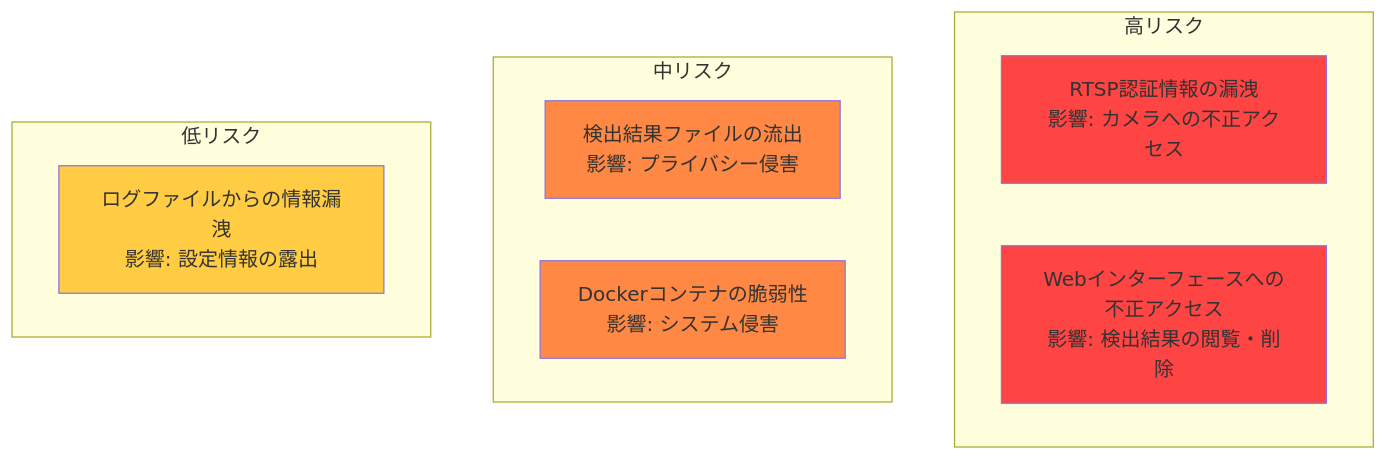
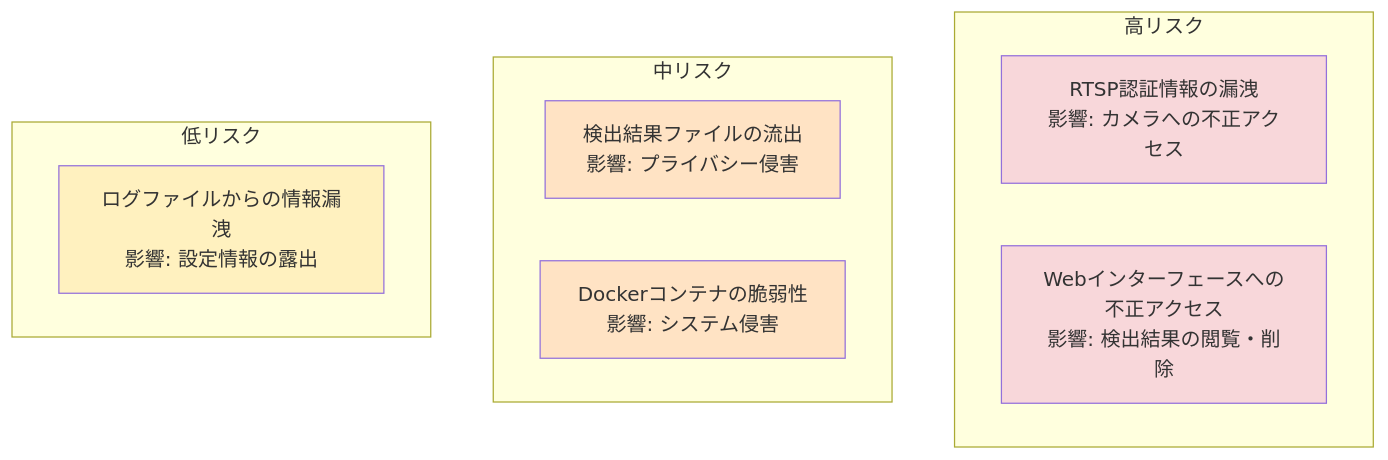
One commit to Masakai/meteo changed the first of 3 diagrams in documents/SECURITY.md. Above: the diagram before and after it, drawn with Mermaid. The commit also changed other lines of this file and 8 other files, not shown here.

Commit message:
- Mermaidダイアグラム用スタイルのカラーパレットを調整   - セーフティカラーを温和なトーンへ変更   - Mermaidテーマ設定のドキュメントやスクリプトを更新 - WebRTC/Go2RTC関連のドキュメント強化   - `go2rtc` コンテナ仕様、図解を追加   - ダッシュボード埋め込み方式とストリーミング設定を反映   - 構築手順にポートや依存関係情報を補足

````diff
--- a/documents/SECURITY.md
+++ b/documents/SECURITY.md
@@ -32,22 +32,22 @@
 ```mermaid
 graph TB
     subgraph "高リスク"
         Risk1["RTSP認証情報の漏洩<br/>影響: カメラへの不正アクセス"]
         Risk2["Webインターフェースへの不正アクセス<br/>影響: 検出結果の閲覧・削除"]
     end
 
     subgraph "中リスク"
         Risk3["検出結果ファイルの流出<br/>影響: プライバシー侵害"]
         Risk4["Dockerコンテナの脆弱性<br/>影響: システム侵害"]
     end
 
     subgraph "低リスク"
         Risk5["ログファイルからの情報漏洩<br/>影響: 設定情報の露出"]
     end
 
-    style Risk1 fill:#ff4444
-    style Risk2 fill:#ff4444
-    style Risk3 fill:#ff8844
-    style Risk4 fill:#ff8844
-    style Risk5 fill:#ffcc44
+    style Risk1 fill:#f8d7da
+    style Risk2 fill:#f8d7da
+    style Risk3 fill:#ffe3c4
+    style Risk4 fill:#ffe3c4
+    style Risk5 fill:#fff1bf
 ```
````
